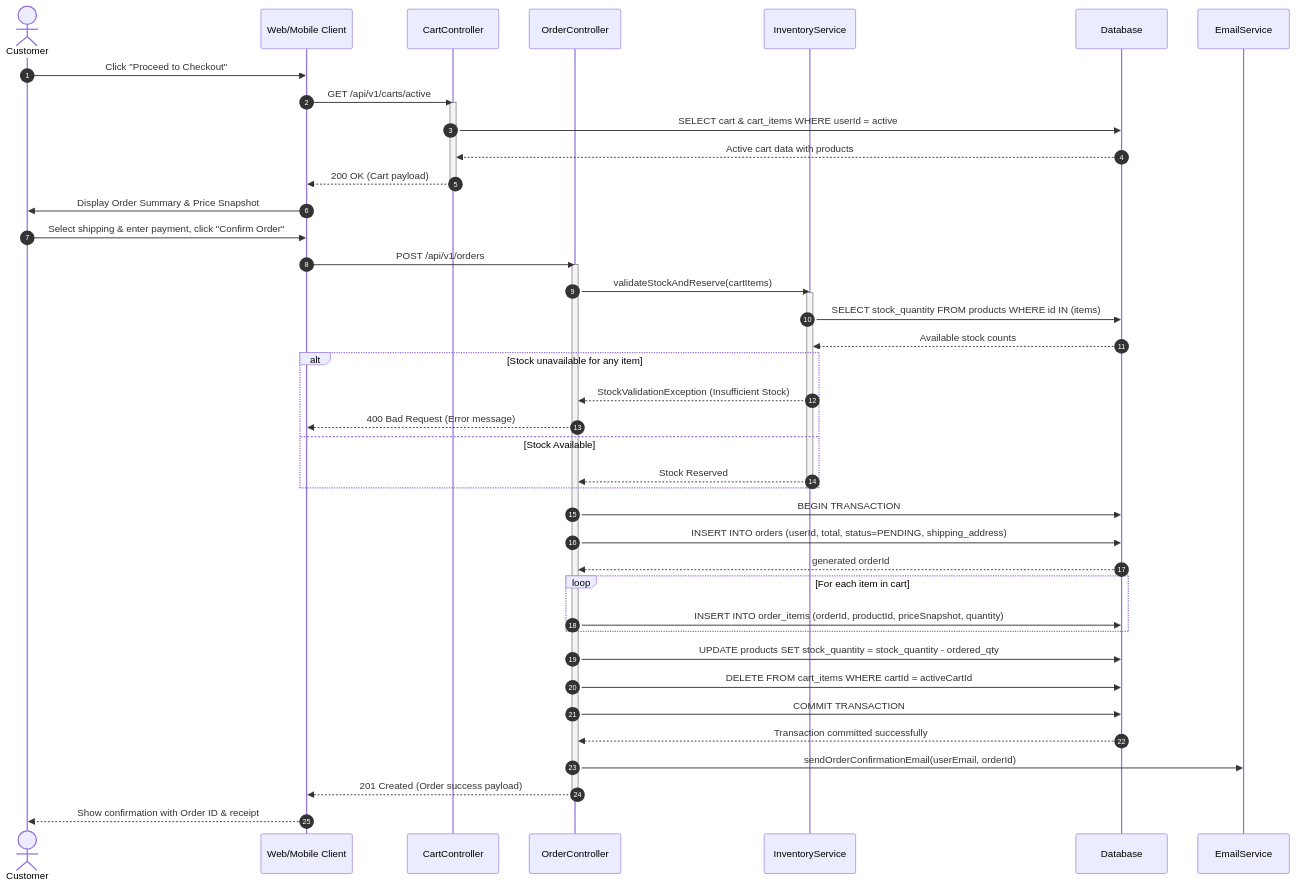
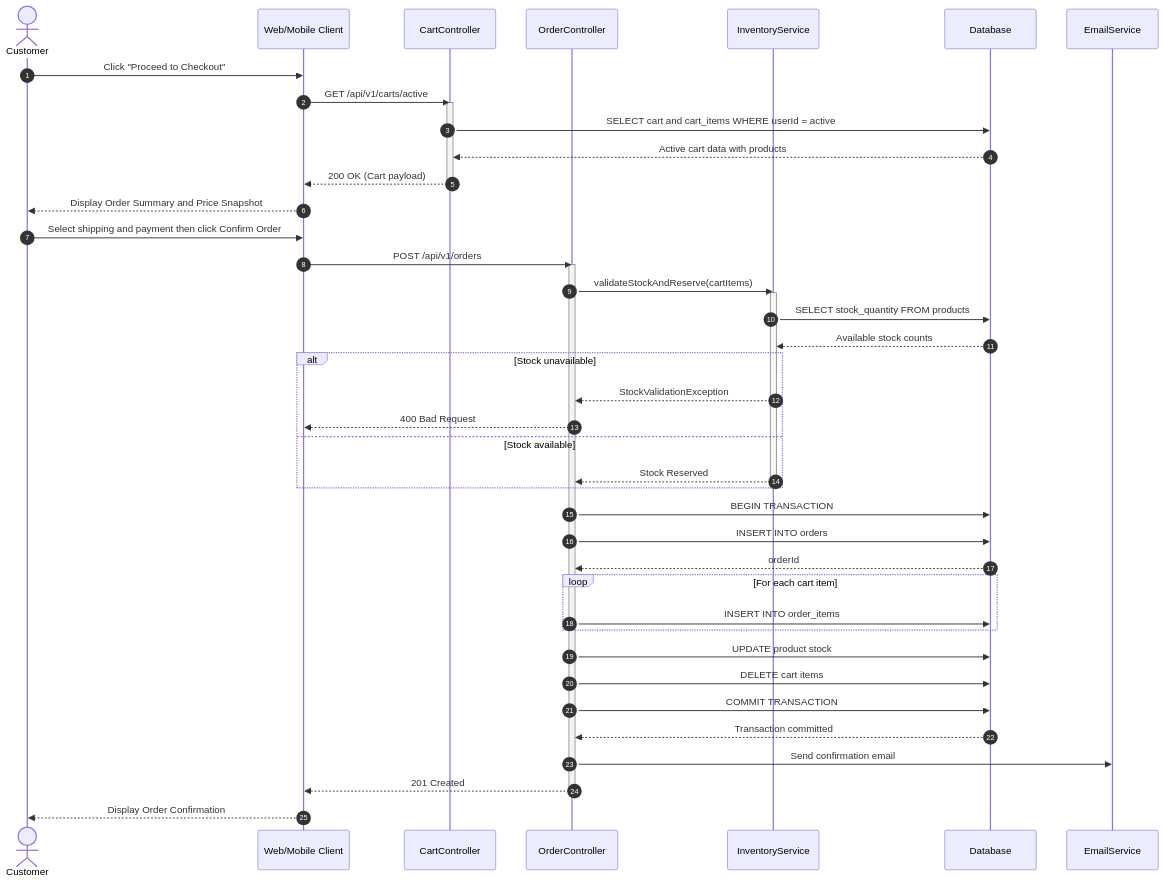
Before and after one commit to hananabedalkareemabololy/RuqiStore-Documentation: the first of 5 diagrams in Final Project Sample/07-uml-behavioral.md, drawn with Mermaid. The commit also changed other lines of this file, not shown here.

````diff
--- a/Final Project Sample/07-uml-behavioral.md
+++ b/Final Project Sample/07-uml-behavioral.md
@@ -7,60 +7,62 @@
 ```mermaid
 sequenceDiagram
     autonumber
+
     actor C as Customer
     participant UI as Web/Mobile Client
     participant CC as CartController
     participant OC as OrderController
     participant IS as InventoryService
     participant DB as Database
     participant ES as EmailService
 
     C->>UI: Click "Proceed to Checkout"
+
     UI->>CC: GET /api/v1/carts/active
     activate CC
-    CC->>DB: SELECT cart & cart_items WHERE userId = active
+    CC->>DB: SELECT cart and cart_items WHERE userId = active
     DB-->>CC: Active cart data with products
     CC-->>UI: 200 OK (Cart payload)
     deactivate CC
 
-    UI->>C: Display Order Summary & Price Snapshot
-    C->>UI: Select shipping & enter payment, click "Confirm Order"
+    UI-->>C: Display Order Summary and Price Snapshot
+    C->>UI: Select shipping and payment then click Confirm Order
 
     UI->>OC: POST /api/v1/orders
     activate OC
 
     OC->>IS: validateStockAndReserve(cartItems)
     activate IS
 
-    IS->>DB: SELECT stock_quantity FROM products WHERE id IN (items)
+    IS->>DB: SELECT stock_quantity FROM products
     DB-->>IS: Available stock counts
 
-    alt Stock unavailable for any item
-        IS-->>OC: StockValidationException (Insufficient Stock)
-        OC-->>UI: 400 Bad Request (Error message)
-    else Stock Available
+    alt Stock unavailable
+        IS-->>OC: StockValidationException
+        OC-->>UI: 400 Bad Request
+    else Stock available
         IS-->>OC: Stock Reserved
     end
 
     deactivate IS
 
     OC->>DB: BEGIN TRANSACTION
-    OC->>DB: INSERT INTO orders (userId, total, status=PENDING, shipping_address)
-    DB-->>OC: generated orderId
+    OC->>DB: INSERT INTO orders
+    DB-->>OC: orderId
 
-    loop For each item in cart
-        OC->>DB: INSERT INTO order_items (orderId, productId, priceSnapshot, quantity)
+    loop For each cart item
+        OC->>DB: INSERT INTO order_items
     end
 
-    OC->>DB: UPDATE products SET stock_quantity = stock_quantity - ordered_qty
-    OC->>DB: DELETE FROM cart_items WHERE cartId = activeCartId
+    OC->>DB: UPDATE product stock
+    OC->>DB: DELETE cart items
     OC->>DB: COMMIT TRANSACTION
-    DB-->>OC: Transaction committed successfully
+    DB-->>OC: Transaction committed
 
-    OC->>ES: sendOrderConfirmationEmail(userEmail, orderId)
+    OC->>ES: Send confirmation email
+    OC-->>UI: 201 Created
 
-    OC-->>UI: 201 Created (Order success payload)
     deactivate OC
 
-    UI-->>C: Show confirmation with Order ID & receipt
+    UI-->>C: Display Order Confirmation
 ```
````
